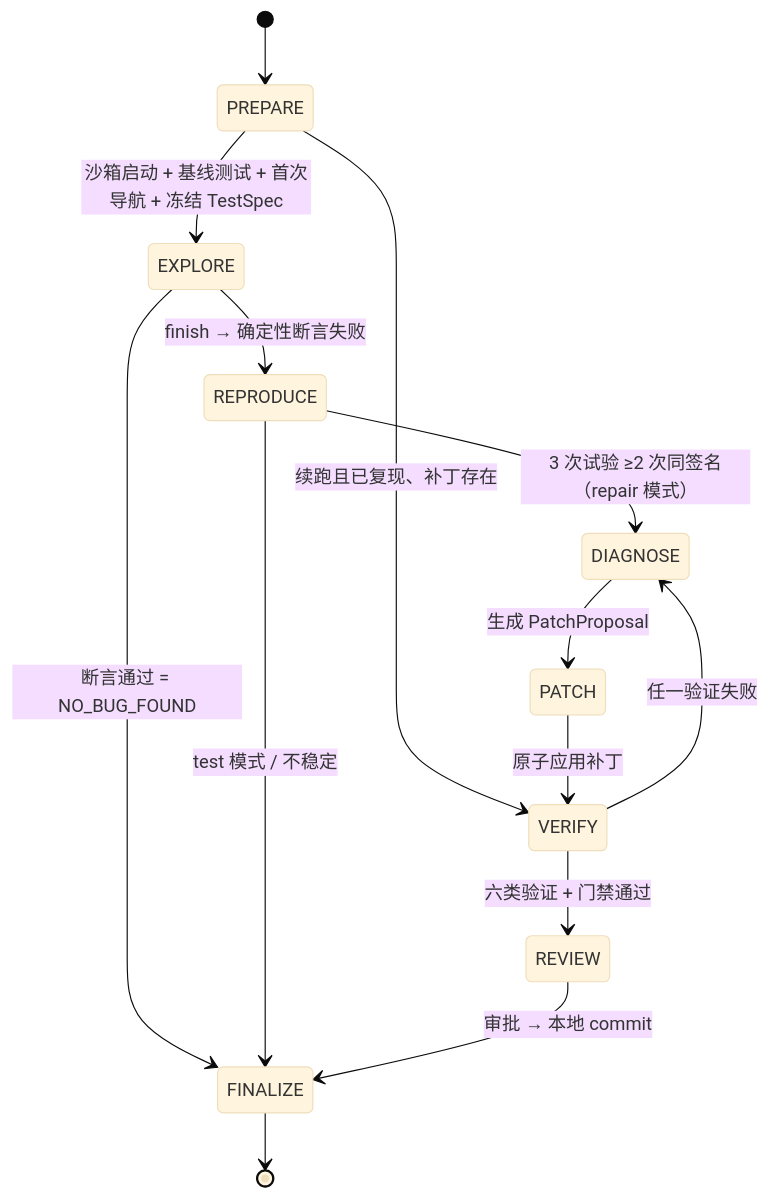
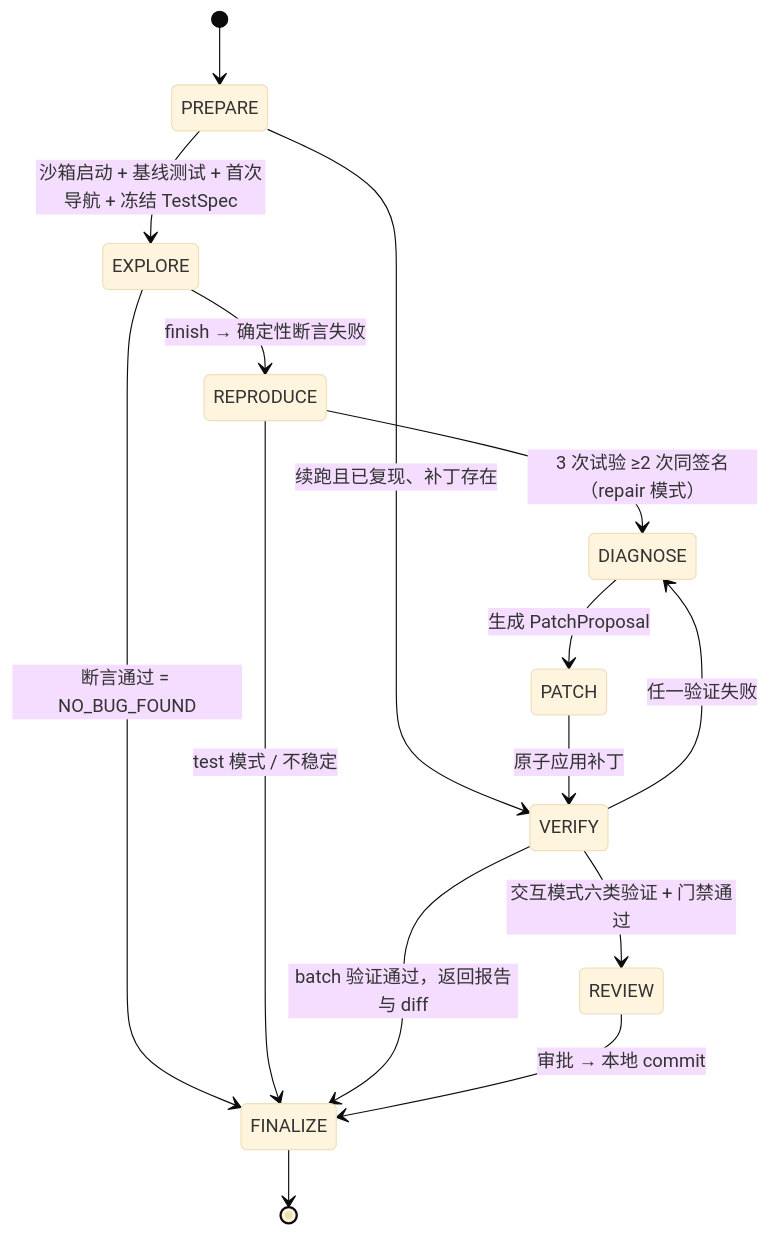
Before and after one commit to BUPTtsy/TraceFix-Agent: the first of 2 diagrams in docs/产品说明手册/03-Agent运行时/主循环与状态机.md, drawn with Mermaid (base theme). The commit also changed other lines of this file and 22 other files, not shown here.

````diff
--- a/docs/产品说明手册/03-Agent运行时/主循环与状态机.md
+++ b/docs/产品说明手册/03-Agent运行时/主循环与状态机.md
@@ -18,16 +20,17 @@
 ```mermaid
 stateDiagram-v2
   [*] --> PREPARE
   PREPARE --> EXPLORE: 沙箱启动 + 基线测试 + 首次导航 + 冻结 TestSpec
   PREPARE --> VERIFY: 续跑且已复现、补丁存在
   EXPLORE --> REPRODUCE: finish → 确定性断言失败
   EXPLORE --> FINALIZE: 断言通过 = NO_BUG_FOUND
   REPRODUCE --> DIAGNOSE: 3 次试验 ≥2 次同签名（repair 模式）
   REPRODUCE --> FINALIZE: test 模式 / 不稳定
   DIAGNOSE --> PATCH: 生成 PatchProposal
   PATCH --> VERIFY: 原子应用补丁
   VERIFY --> DIAGNOSE: 任一验证失败
-  VERIFY --> REVIEW: 六类验证 + 门禁通过
+  VERIFY --> REVIEW: 交互模式六类验证 + 门禁通过
+  VERIFY --> FINALIZE: batch 验证通过，返回报告与 diff
   REVIEW --> FINALIZE: 审批 → 本地 commit
   FINALIZE --> [*]
 ```
````
